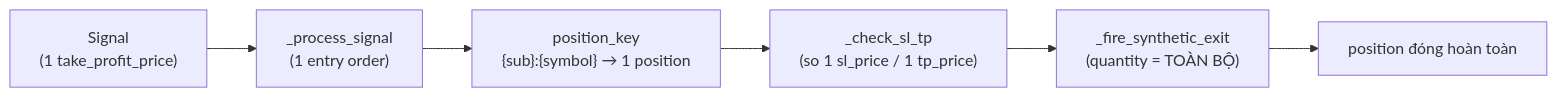
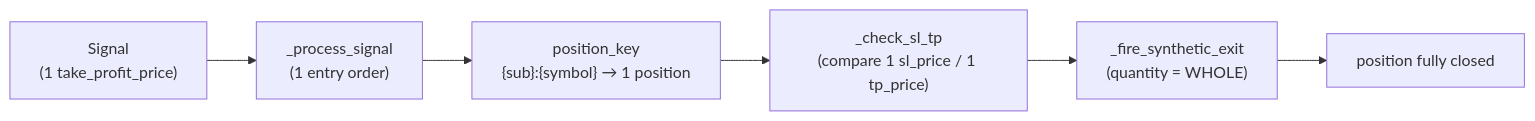
One commit to camping89/pocketquant changed the diagram in docs/engine-scale-out-limitation.md. Above: the diagram before and after it, drawn with Mermaid. The commit also changed other lines of this file and 15 other files, not shown here.

````diff
--- a/docs/engine-scale-out-limitation.md
+++ b/docs/engine-scale-out-limitation.md
@@ -16,8 +16,8 @@
 ```mermaid
 flowchart LR
     S["Signal<br/>(1 take_profit_price)"] --> P["_process_signal<br/>(1 entry order)"]
     P --> POS["position_key<br/>{sub}:{symbol} → 1 position"]
-    POS --> CHK["_check_sl_tp<br/>(so 1 sl_price / 1 tp_price)"]
-    CHK --> EX["_fire_synthetic_exit<br/>(quantity = TOÀN BỘ)"]
-    EX --> CLOSED["position đóng hoàn toàn"]
+    POS --> CHK["_check_sl_tp<br/>(compare 1 sl_price / 1 tp_price)"]
+    CHK --> EX["_fire_synthetic_exit<br/>(quantity = WHOLE)"]
+    EX --> CLOSED["position fully closed"]
 ```
````
